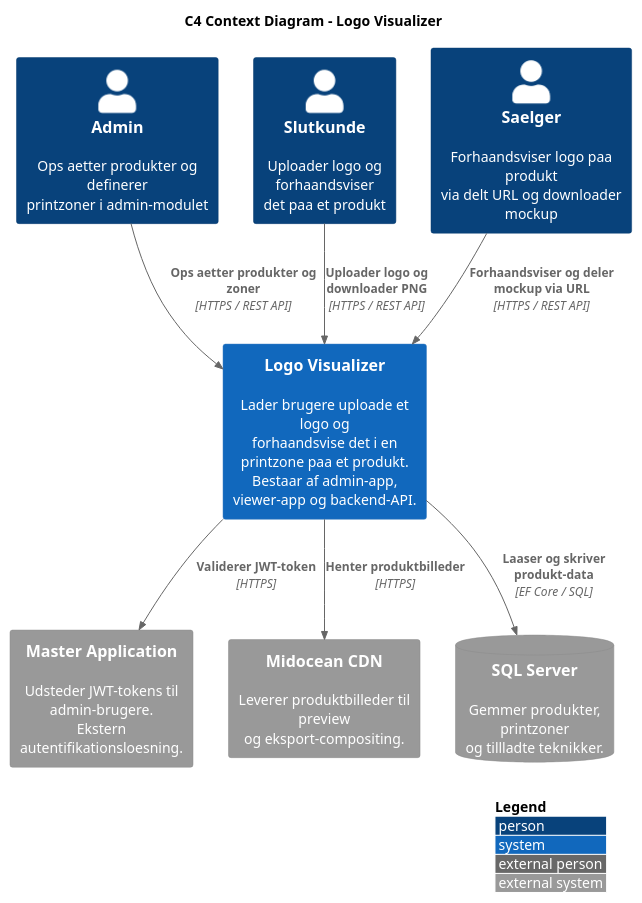
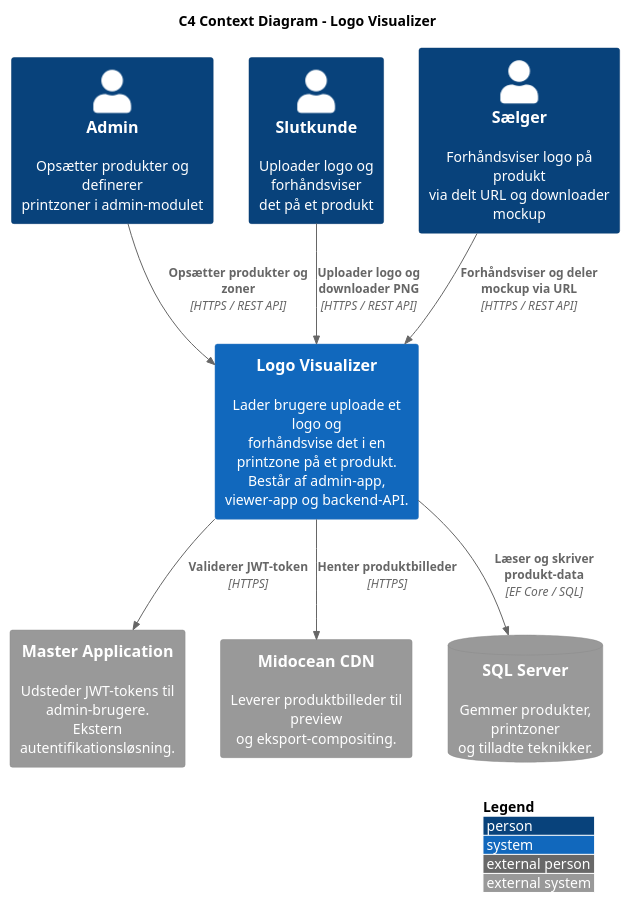
One commit to MikkelSandell/backend-bachelor-logo-visualiser changed the diagram in docs/c4/c4.md. Above: the diagram before and after it, drawn with PlantUML.

Commit message:
spelling mistakes

````diff
--- a/docs/c4/c4.md
+++ b/docs/c4/c4.md
@@ -5,29 +5,29 @@
 ```plantuml
 @startuml
 
 !include https://raw.githubusercontent.com/plantuml-stdlib/C4-PlantUML/master/C4_Context.puml
 
 LAYOUT_WITH_LEGEND()
 
 title C4 Context Diagram - Logo Visualizer
 
-Person(admin, "Admin", "Ops aetter produkter og definerer\nprintzoner i admin-modulet")
-Person(customer, "Slutkunde", "Uploader logo og forhaandsviser\ndet paa et produkt")
-Person(salesperson, "Saelger", "Forhaandsviser logo paa produkt\nvia delt URL og downloader mockup")
+Person(admin, "Admin", "Opsætter produkter og definerer\nprintzoner i admin-modulet")
+Person(customer, "Slutkunde", "Uploader logo og forhåndsviser\ndet på et produkt")
+Person(salesperson, "Sælger", "Forhåndsviser logo på produkt\nvia delt URL og downloader mockup")
 
-System(logovis, "Logo Visualizer", "Lader brugere uploade et logo og\nforhaandsvise det i en printzone paa et produkt.\nBestaar af admin-app, viewer-app og backend-API.")
+System(logovis, "Logo Visualizer", "Lader brugere uploade et logo og\nforhåndsvise det i en printzone på et produkt.\nBestår af admin-app, viewer-app og backend-API.")
 
-System_Ext(master, "Master Application", "Udsteder JWT-tokens til admin-brugere.\nEkstern autentifikationsloesning.")
+System_Ext(master, "Master Application", "Udsteder JWT-tokens til admin-brugere.\nEkstern autentifikationsløsning.")
 System_Ext(midocean, "Midocean CDN", "Leverer produktbilleder til preview\nog eksport-compositing.")
-SystemDb_Ext(db, "SQL Server", "Gemmer produkter, printzoner\nog tillladte teknikker.")
+SystemDb_Ext(db, "SQL Server", "Gemmer produkter, printzoner\nog tilladte teknikker.")
 
-Rel(admin, logovis, "Ops aetter produkter og zoner", "HTTPS / REST API")
+Rel(admin, logovis, "Opsætter produkter og zoner", "HTTPS / REST API")
 Rel(customer, logovis, "Uploader logo og downloader PNG", "HTTPS / REST API")
-Rel(salesperson, logovis, "Forhaandsviser og deler mockup via URL", "HTTPS / REST API")
+Rel(salesperson, logovis, "Forhåndsviser og deler mockup via URL", "HTTPS / REST API")
 
 Rel(logovis, master, "Validerer JWT-token", "HTTPS")
 Rel(logovis, midocean, "Henter produktbilleder", "HTTPS")
-Rel(logovis, db, "Laaser og skriver produkt-data", "EF Core / SQL")
+Rel(logovis, db, "Læser og skriver produkt-data", "EF Core / SQL")
 
 @enduml
 ```
````
